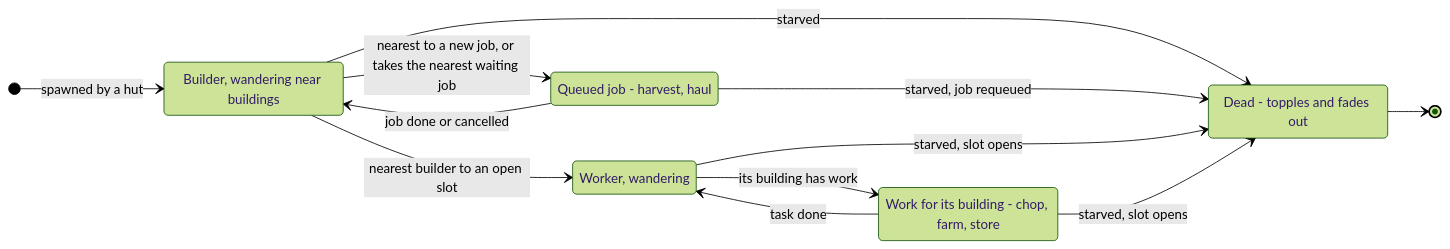
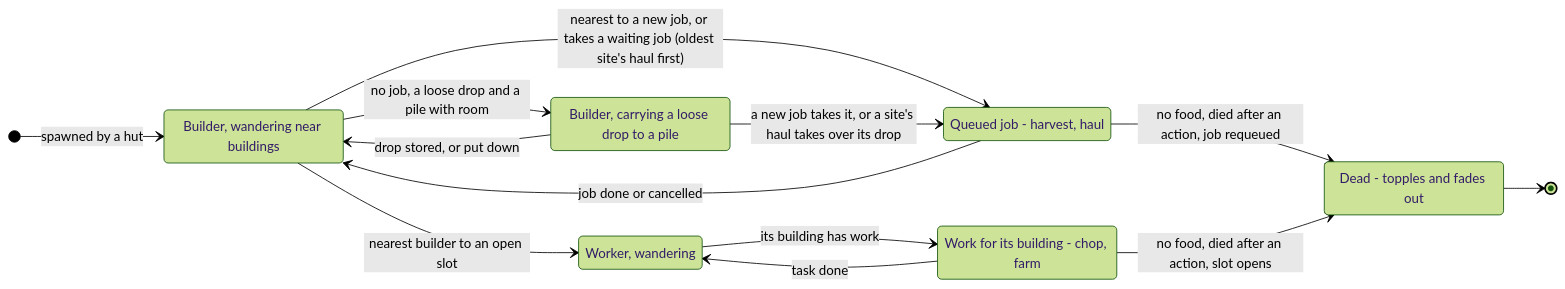
The sixth of 11 diagrams in docs/architecture.md (Liam-M-Mays/game-jam-2026), drawn with Mermaid (forest theme) before and after one commit. The commit also changed other lines of this file and 24 other files, not shown here.

````diff
--- a/docs/architecture.md
+++ b/docs/architecture.md
@@ -254,21 +254,23 @@
 ```mermaid
 stateDiagram-v2
     direction LR
     Wandering: Builder, wandering near buildings
     QueuedJob: Queued job - harvest, haul
     WorkerWandering: Worker, wandering
-    Work: Work for its building - chop, farm, store
+    StoreTrip: Builder, carrying a loose drop to a pile
+    Work: Work for its building - chop, farm
     Dead: Dead - topples and fades out
 
     [*] --> Wandering: spawned by a hut
-    Wandering --> QueuedJob: nearest to a new job, or takes the nearest waiting job
+    Wandering --> QueuedJob: nearest to a new job, or takes a waiting job (oldest site's haul first)
     QueuedJob --> Wandering: job done or cancelled
     Wandering --> WorkerWandering: nearest builder to an open slot
     WorkerWandering --> Work: its building has work
     Work --> WorkerWandering: task done
-    Wandering --> Dead: starved
-    QueuedJob --> Dead: starved, job requeued
-    WorkerWandering --> Dead: starved, slot opens
-    Work --> Dead: starved, slot opens
+    Wandering --> StoreTrip: no job, a loose drop and a pile with room
+    StoreTrip --> Wandering: drop stored, or put down
+    StoreTrip --> QueuedJob: a new job takes it, or a site's haul takes over its drop
+    QueuedJob --> Dead: no food, died after an action, job requeued
+    Work --> Dead: no food, died after an action, slot opens
     Dead --> [*]
 ```
````
